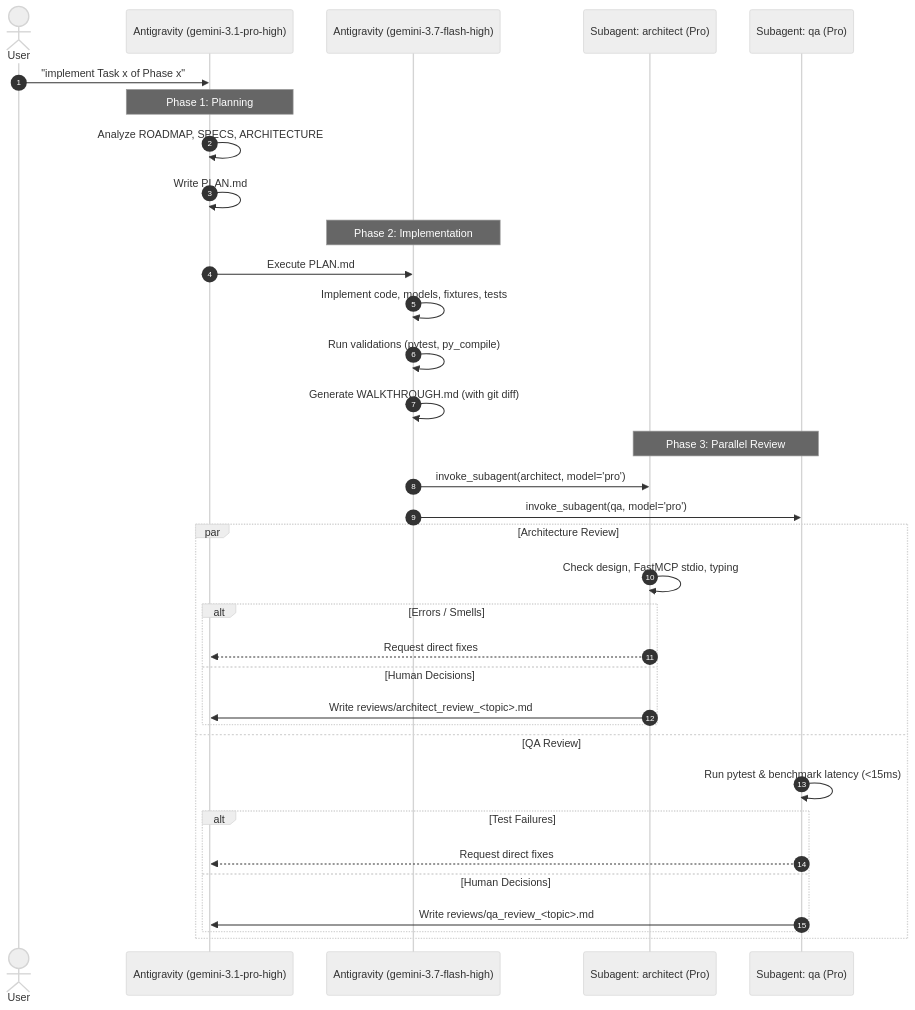
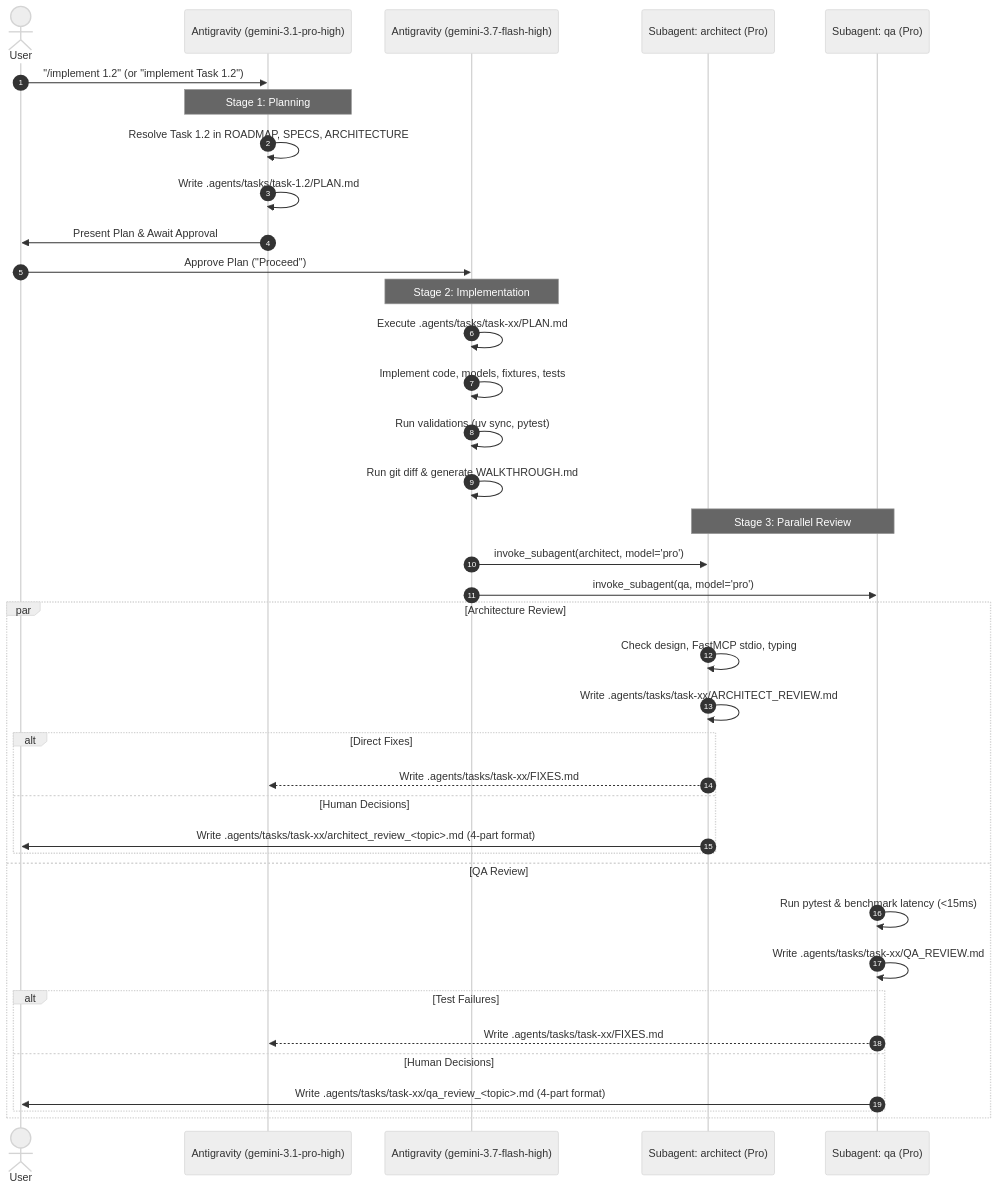
The diagram in .agents/workflows/implement_task.md (aiagentspoc/mcp-server), drawn with Mermaid (neutral theme) before and after one commit. The commit also changed other lines of this file and 5 other files, not shown here.

````diff
--- a/.agents/workflows/implement_task.md
+++ b/.agents/workflows/implement_task.md
@@ -5,40 +5,44 @@
 ```mermaid
 sequenceDiagram
     autonumber
     actor User
     participant Main as Antigravity (gemini-3.1-pro-high)
     participant Exec as Antigravity (gemini-3.7-flash-high)
     participant Arch as Subagent: architect (Pro)
     participant QA as Subagent: qa (Pro)
 
-    User->>Main: "implement Task x of Phase x"
-    Note over Main: Phase 1: Planning
-    Main->>Main: Analyze ROADMAP, SPECS, ARCHITECTURE
-    Main->>Main: Write PLAN.md
+    User->>Main: "/implement 1.2" (or "implement Task 1.2")
+    Note over Main: Stage 1: Planning
+    Main->>Main: Resolve Task 1.2 in ROADMAP, SPECS, ARCHITECTURE
+    Main->>Main: Write .agents/tasks/task-1.2/PLAN.md
+    Main->>User: Present Plan & Await Approval
     
-    Note over Exec: Phase 2: Implementation
-    Main->>Exec: Execute PLAN.md
+    User->>Exec: Approve Plan ("Proceed")
+    Note over Exec: Stage 2: Implementation
+    Exec->>Exec: Execute .agents/tasks/task-xx/PLAN.md
     Exec->>Exec: Implement code, models, fixtures, tests
-    Exec->>Exec: Run validations (pytest, py_compile)
-    Exec->>Exec: Generate WALKTHROUGH.md (with git diff)
+    Exec->>Exec: Run validations (uv sync, pytest)
+    Exec->>Exec: Run git diff & generate WALKTHROUGH.md
     
-    Note over Arch,QA: Phase 3: Parallel Review
+    Note over Arch,QA: Stage 3: Parallel Review
     Exec->>Arch: invoke_subagent(architect, model='pro')
     Exec->>QA: invoke_subagent(qa, model='pro')
     
     par Architecture Review
         Arch->>Arch: Check design, FastMCP stdio, typing
-        alt Errors / Smells
-            Arch-->>Main: Request direct fixes
+        Arch->>Arch: Write .agents/tasks/task-xx/ARCHITECT_REVIEW.md
+        alt Direct Fixes
+            Arch-->>Main: Write .agents/tasks/task-xx/FIXES.md
         else Human Decisions
-            Arch->>Main: Write reviews/architect_review_<topic>.md
+            Arch->>User: Write .agents/tasks/task-xx/architect_review_<topic>.md (4-part format)
         end
     and QA Review
         QA->>QA: Run pytest & benchmark latency (<15ms)
+        QA->>QA: Write .agents/tasks/task-xx/QA_REVIEW.md
         alt Test Failures
-            QA-->>Main: Request direct fixes
+            QA-->>Main: Write .agents/tasks/task-xx/FIXES.md
         else Human Decisions
-            QA->>Main: Write reviews/qa_review_<topic>.md
+            QA->>User: Write .agents/tasks/task-xx/qa_review_<topic>.md (4-part format)
         end
     end
 ```
````
